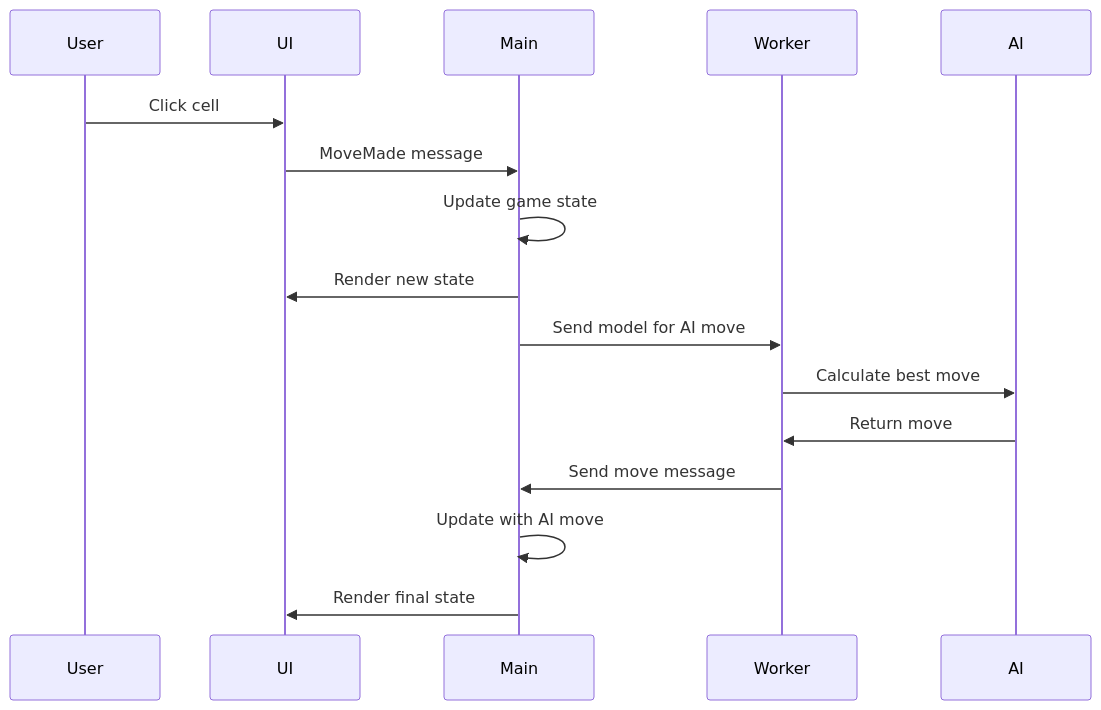
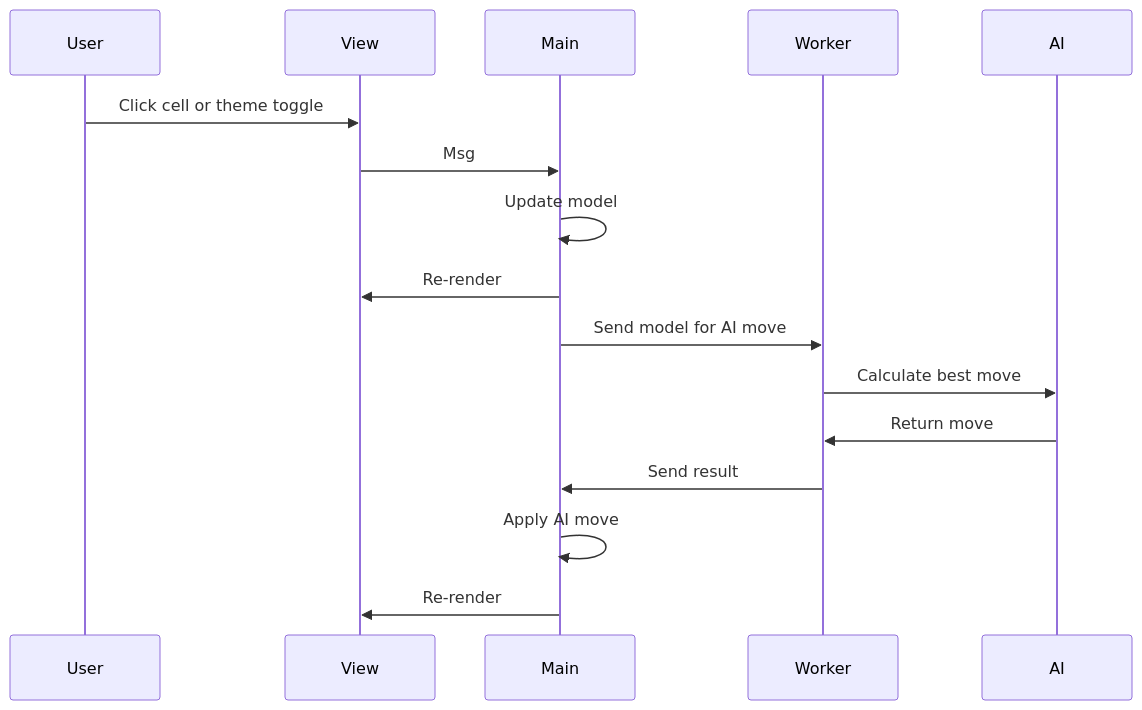
One commit to genthaler/elm-tic-tac-toe changed the second of 2 diagrams in docs/specs/tic-tac-toe-game/design.md. Above: the diagram before and after it, drawn with Mermaid. The commit also changed other lines of this file and 50 other files, not shown here.

````diff
--- a/docs/specs/tic-tac-toe-game/design.md
+++ b/docs/specs/tic-tac-toe-game/design.md
@@ -36,19 +36,19 @@
 ```mermaid
 sequenceDiagram
     participant User
-    participant UI
+    participant View
     participant Main
     participant Worker
     participant AI
 
-    User->>UI: Click cell
-    UI->>Main: MoveMade message
-    Main->>Main: Update game state
-    Main->>UI: Render new state
+    User->>View: Click cell or theme toggle
+    View->>Main: Msg
+    Main->>Main: Update model
+    Main->>View: Re-render
     Main->>Worker: Send model for AI move
     Worker->>AI: Calculate best move
     AI->>Worker: Return move
-    Worker->>Main: Send move message
-    Main->>Main: Update with AI move
-    Main->>UI: Render final state
+    Worker->>Main: Send result
+    Main->>Main: Apply AI move
+    Main->>View: Re-render
 ```
````
